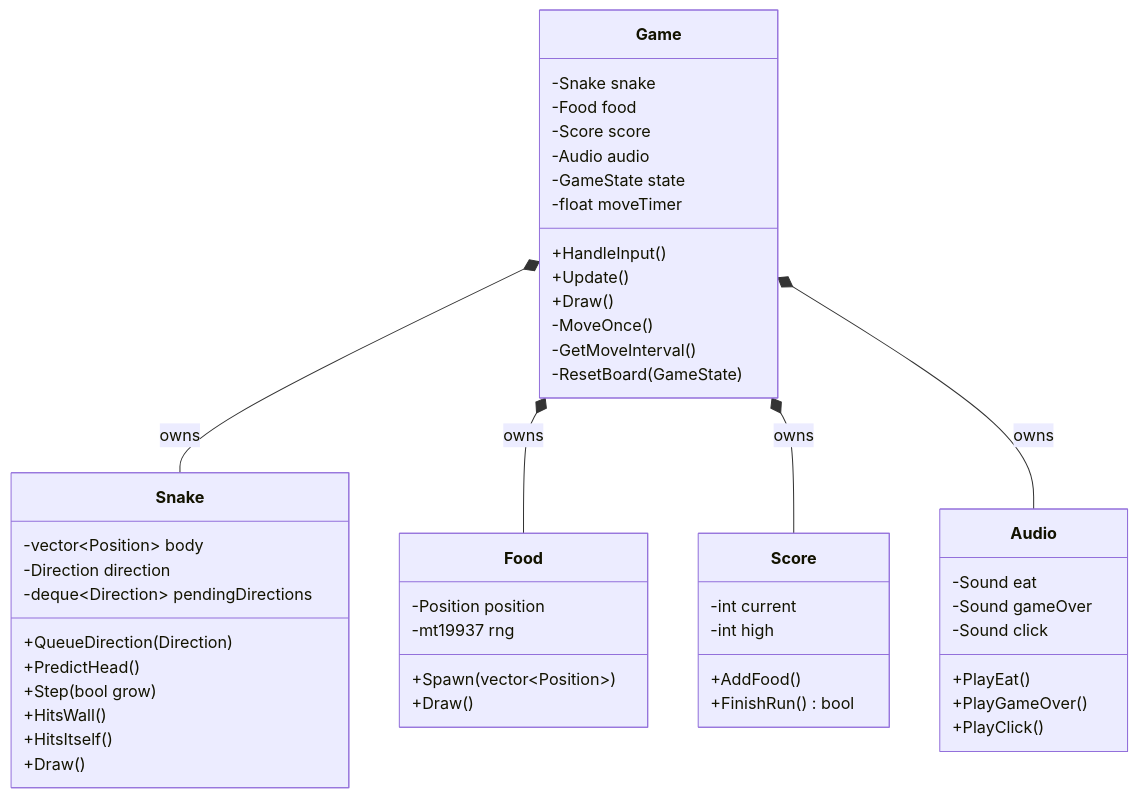
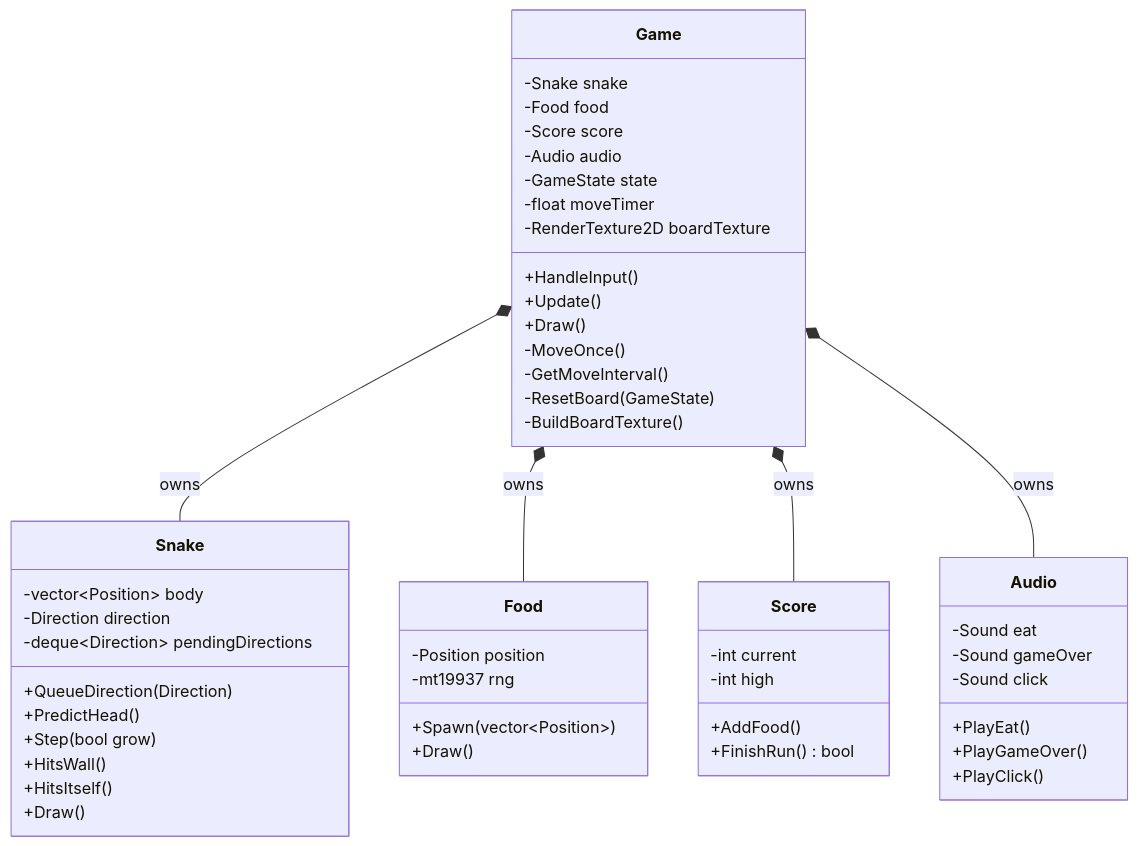
One commit to enigmasheet/SnakeGame changed the first of 6 diagrams in docs/TEACHING.md. Above: the diagram before and after it, drawn with Mermaid. The commit also changed other lines of this file and 13 other files, not shown here.

Commit message:
feat: fix esc exit, bake board texture, add ci

````diff
--- a/docs/TEACHING.md
+++ b/docs/TEACHING.md
@@ -90,52 +90,54 @@
 ```mermaid
 classDiagram
     class Game {
         -Snake snake
         -Food food
         -Score score
         -Audio audio
         -GameState state
         -float moveTimer
+        -RenderTexture2D boardTexture
         +HandleInput()
         +Update()
         +Draw()
         -MoveOnce()
         -GetMoveInterval()
         -ResetBoard(GameState)
+        -BuildBoardTexture()
     }
     class Snake {
         -vector~Position~ body
         -Direction direction
         -deque~Direction~ pendingDirections
         +QueueDirection(Direction)
         +PredictHead()
         +Step(bool grow)
         +HitsWall()
         +HitsItself()
         +Draw()
     }
     class Food {
         -Position position
         -mt19937 rng
         +Spawn(vector~Position~)
         +Draw()
     }
     class Score {
         -int current
         -int high
         +AddFood()
         +FinishRun() bool
     }
     class Audio {
         -Sound eat
         -Sound gameOver
         -Sound click
         +PlayEat()
         +PlayGameOver()
         +PlayClick()
     }
     Game *-- Snake : owns
     Game *-- Food : owns
     Game *-- Score : owns
     Game *-- Audio : owns
 ```
````
